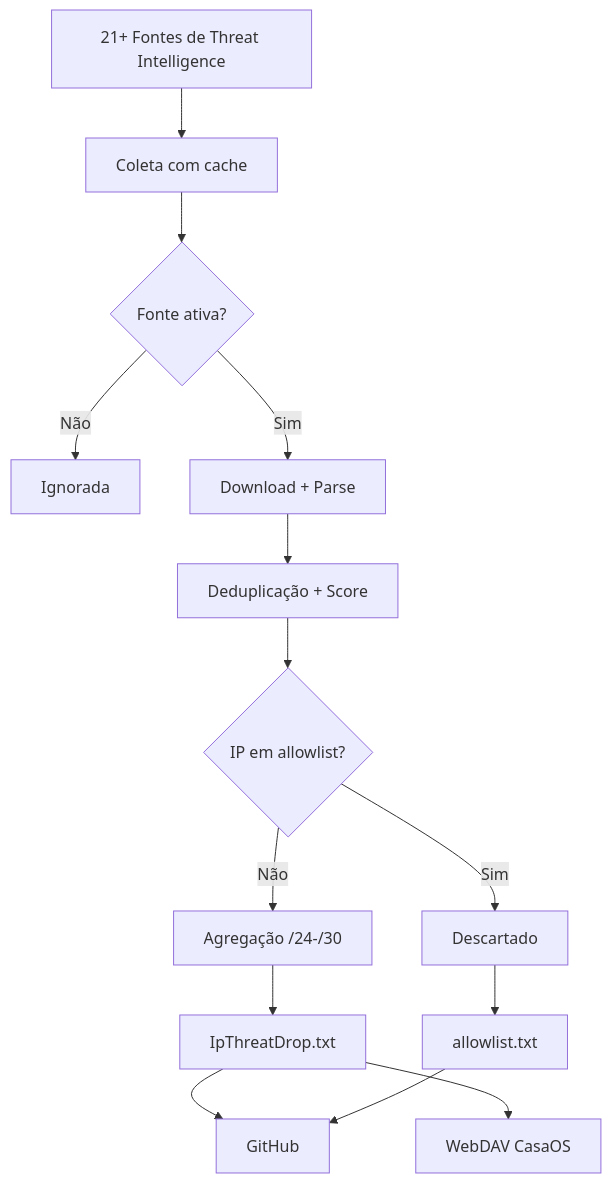
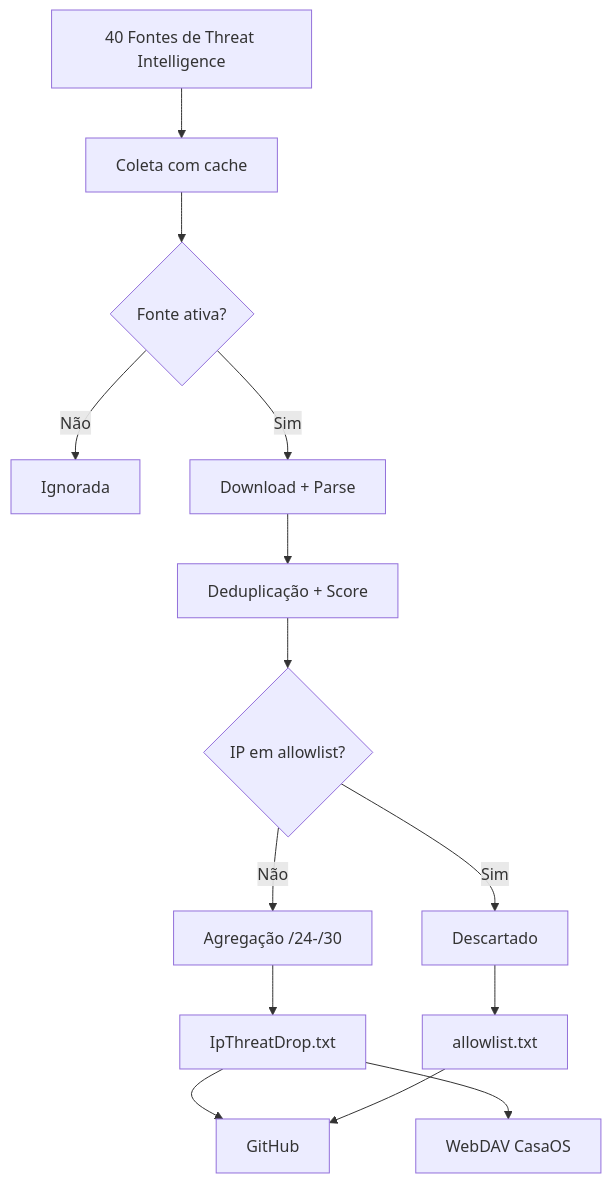
The diagram in README.md (marciosx/IpThreatDrop), drawn with Mermaid before and after one commit. The commit also changed other lines of this file, not shown here.

Commit message:
docs: atualiza lista de fontes ativas e remove desativadas

````diff
--- a/README.md
+++ b/README.md
@@ -83,16 +83,16 @@
 ```mermaid
 graph TD
-    A[21+ Fontes de Threat Intelligence] --> B[Coleta com cache]
+    A[40 Fontes de Threat Intelligence] --> B[Coleta com cache]
     B --> C{Fonte ativa?}
     C -->|Não| X[Ignorada]
     C -->|Sim| D[Download + Parse]
     D --> E[Deduplicação + Score]
     E --> F{IP em allowlist?}
     F -->|Sim| G[Descartado]
     F -->|Não| H[Agregação /24-/30]
     H --> I[IpThreatDrop.txt]
     G --> J[allowlist.txt]
     I --> K[WebDAV CasaOS]
     I --> L[GitHub]
     J --> L
 ```
````
